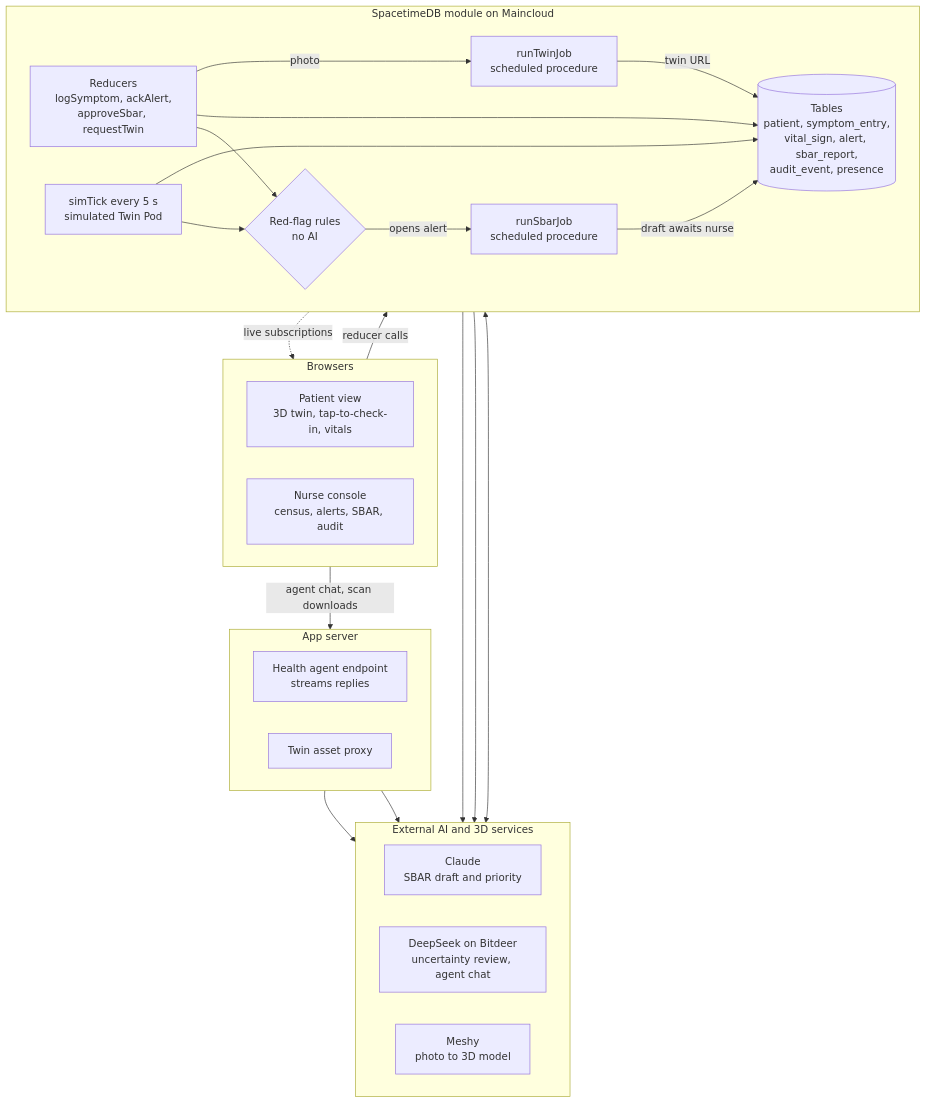
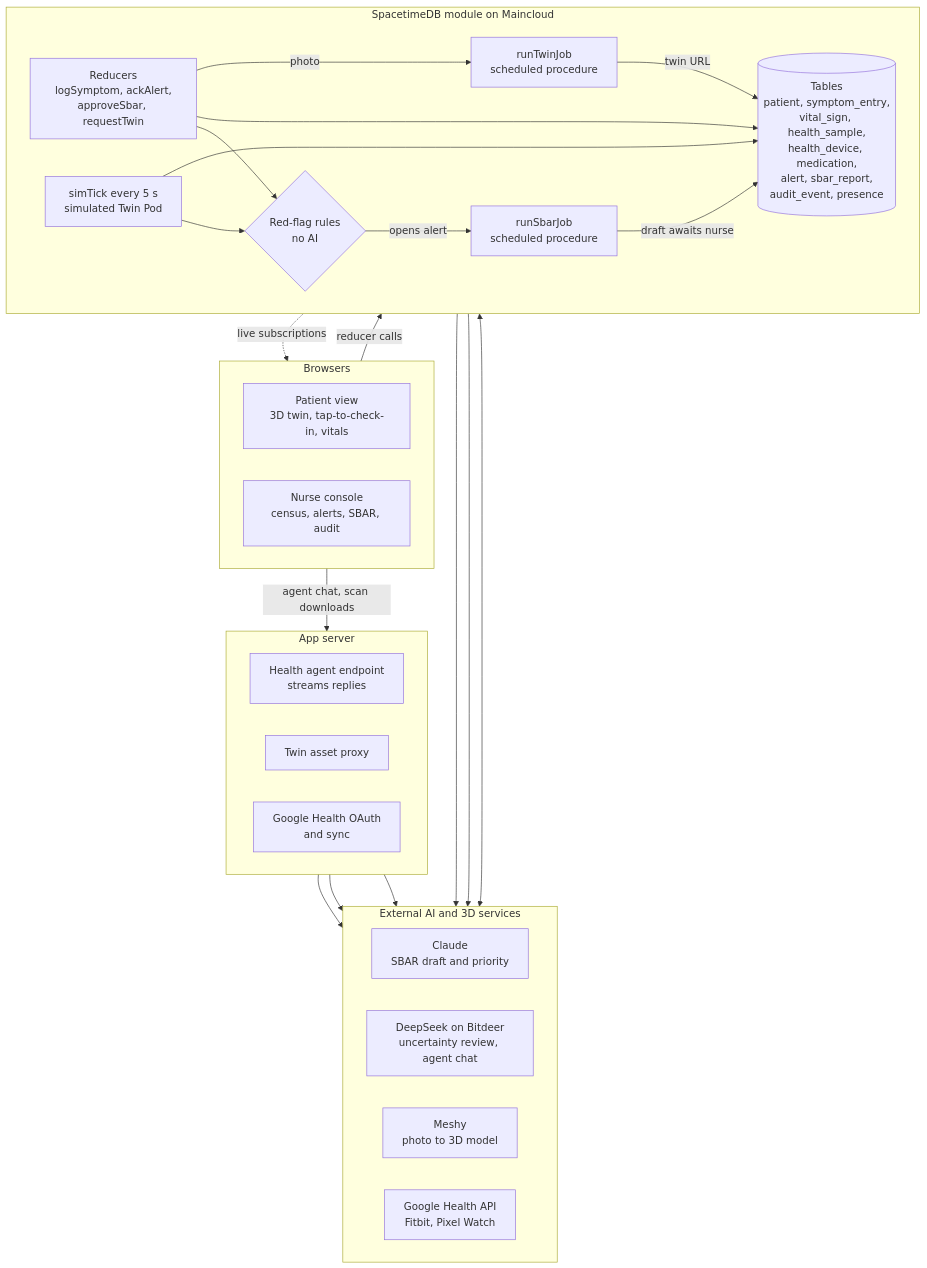
The diagram in README.md (kadrianayarza/DigitalTwinBiomedical), drawn with Mermaid before and after one commit. The commit also changed other lines of this file and 43 other files, not shown here.

````diff
--- a/README.md
+++ b/README.md
@@ -47,48 +50,51 @@
 ```mermaid
 flowchart TB
   subgraph Browsers["Browsers"]
     direction LR
     P["Patient view<br/>3D twin, tap-to-check-in, vitals"]
     N["Nurse console<br/>census, alerts, SBAR, audit"]
   end
 
   subgraph STDB["SpacetimeDB module on Maincloud"]
     direction LR
     R["Reducers<br/>logSymptom, ackAlert,<br/>approveSbar, requestTwin"]
     SIM["simTick every 5 s<br/>simulated Twin Pod"]
     RULES{"Red-flag rules<br/>no AI"}
-    T[("Tables<br/>patient, symptom_entry,<br/>vital_sign, alert, sbar_report,<br/>audit_event, presence")]
+    T[("Tables<br/>patient, symptom_entry,<br/>vital_sign, health_sample,<br/>health_device, medication,<br/>alert, sbar_report,<br/>audit_event, presence")]
     SB["runSbarJob<br/>scheduled procedure"]
     TW["runTwinJob<br/>scheduled procedure"]
     R --> RULES
     SIM --> RULES
     R --> T
     SIM --> T
     RULES -- "opens alert" --> SB
     SB -- "draft awaits nurse" --> T
     R -- "photo" --> TW
     TW -- "twin URL" --> T
   end
 
   subgraph Server["App server"]
     direction LR
     AG["Health agent endpoint<br/>streams replies"]
     TP["Twin asset proxy"]
+    GH["Google Health OAuth<br/>and sync"]
   end
 
   subgraph Ext["External AI and 3D services"]
     direction LR
     CL["Claude<br/>SBAR draft and priority"]
     DS["DeepSeek on Bitdeer<br/>uncertainty review, agent chat"]
     MY["Meshy<br/>photo to 3D model"]
+    GA["Google Health API<br/>Fitbit, Pixel Watch"]
   end
 
   Browsers -- "reducer calls" --> R
   T -. "live subscriptions" .-> Browsers
   Browsers -- "agent chat, scan downloads" --> Server
   SB --> CL
   SB --> DS
   TW <--> MY
   AG --> DS
   TP --> MY
+  GH --> GA
 ```
````
